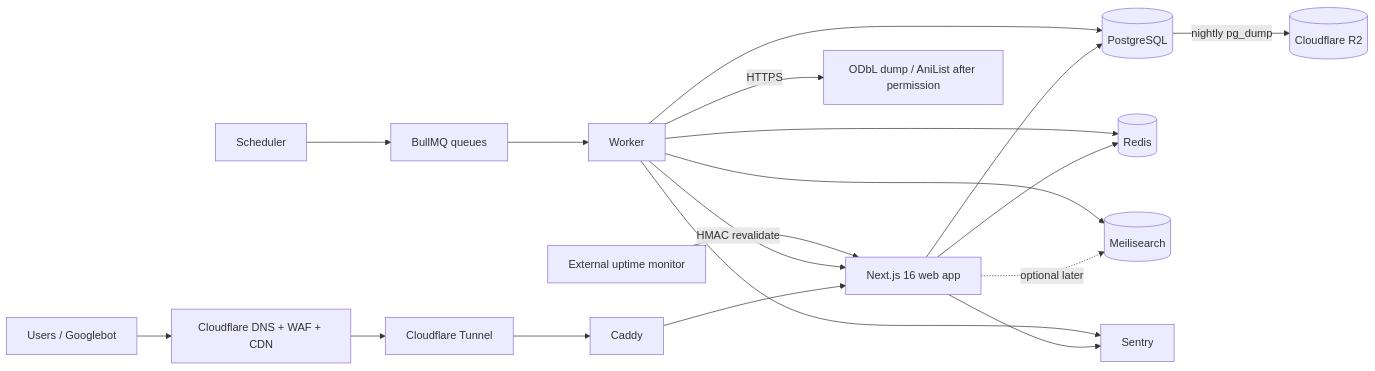
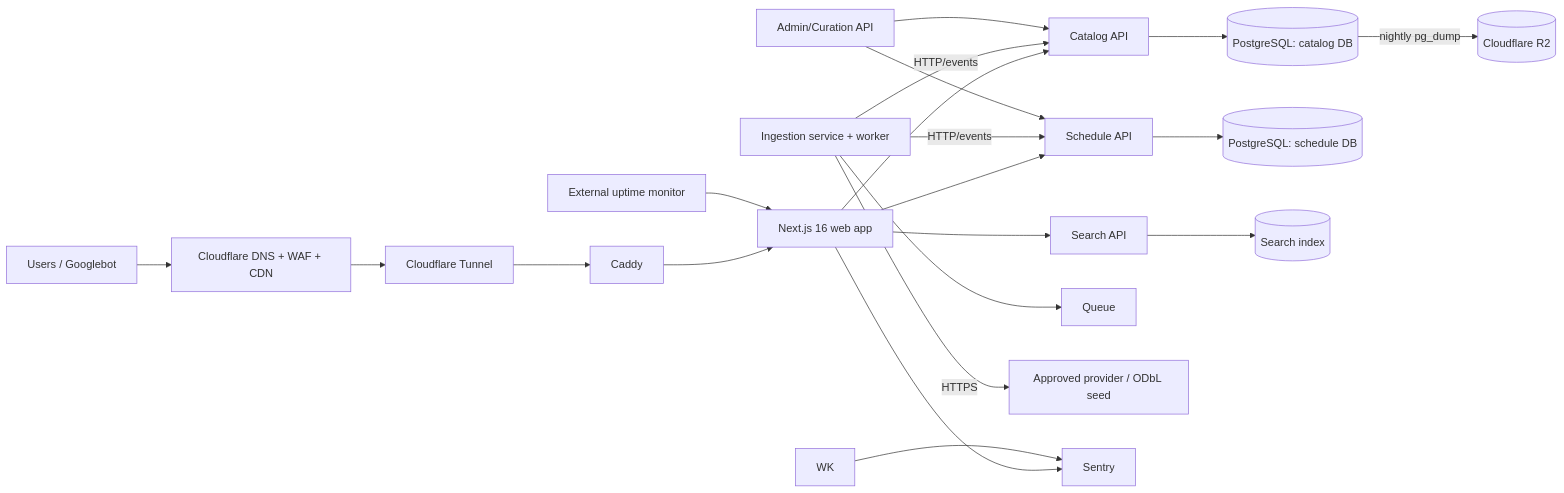
One commit to yepikazo/nimelist changed the diagram in docs/plan/00-overview.md. Above: the diagram before and after it, drawn with Mermaid. The commit also changed other lines of this file and 42 other files, not shown here.

````diff
--- a/docs/plan/00-overview.md
+++ b/docs/plan/00-overview.md
@@ -117,23 +121,24 @@
 ```mermaid
 flowchart LR
   U[Users / Googlebot] --> CF[Cloudflare DNS + WAF + CDN]
   CF --> TUN[Cloudflare Tunnel]
   TUN --> CAD[Caddy]
   CAD --> WEB[Next.js 16 web app]
-  WEB --> PG[(PostgreSQL)]
-  WEB --> REDIS[(Redis)]
-  WEB -. optional later .-> MS[(Meilisearch)]
-
-  SCH[Scheduler] --> Q[BullMQ queues]
-  Q --> WK[Worker]
-  WK --> PG
-  WK --> REDIS
-  WK --> MS
-  WK -->|HMAC revalidate| WEB
-  WK -->|HTTPS| SRC[ODbL dump / AniList after permission]
+  WEB --> CAT[Catalog API]
+  WEB --> SCHAPI[Schedule API]
+  WEB --> SEA[Search API]
+  CAT --> PG[(PostgreSQL: catalog DB)]
+  SCHAPI --> PG2[(PostgreSQL: schedule DB)]
+  SEA --> IDX[(Search index)]
+  ING[Ingestion service + worker] --> Q[Queue]
+  ING -->|HTTPS| SRC[Approved provider / ODbL seed]
+  ING -->|HTTP/events| CAT
+  ING -->|HTTP/events| SCHAPI
+  CUR[Admin/Curation API] --> CAT
+  CUR --> SCHAPI
 
   PG -->|nightly pg_dump| R2[(Cloudflare R2)]
   WEB --> SENTRY[Sentry]
   WK --> SENTRY
   EXT[External uptime monitor] --> WEB
 ```
````
